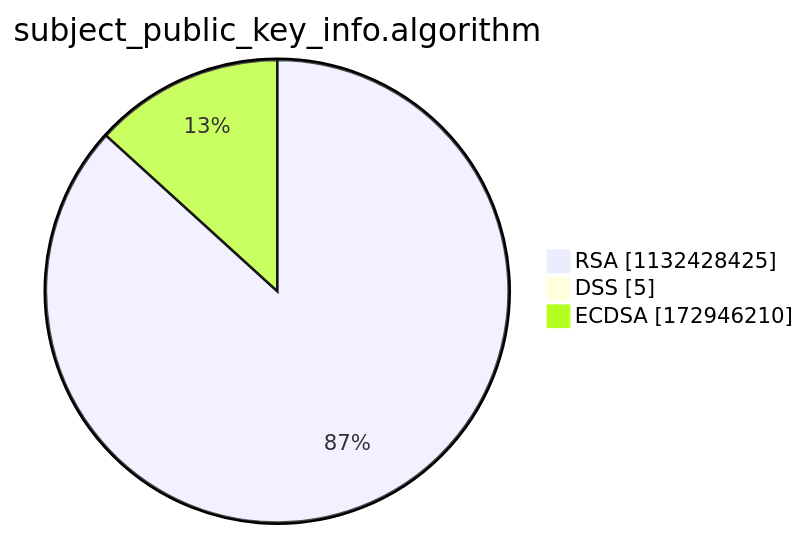
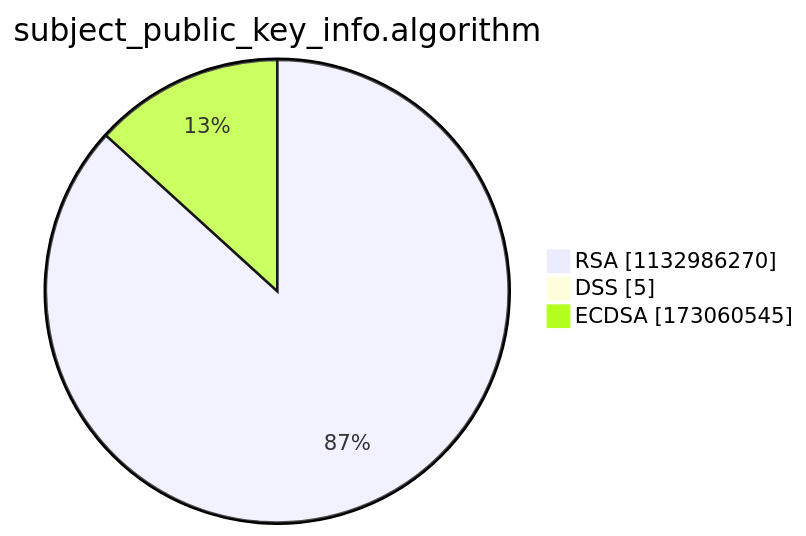
Before and after one commit to christiankrug/ctmonitor_visualization: the third of 15 diagrams in argon2022/README.md, drawn with Mermaid. The commit also changed other lines of this file, not shown here.

````diff
--- a/argon2022/README.md
+++ b/argon2022/README.md
@@ -14,7 +14,7 @@
 ```mermaid
 pie showData
 title subject_public_key_info.algorithm
-"RSA" :1132428425
+"RSA" :1132986270
 "DSS" :5
-"ECDSA" :172946210
+"ECDSA" :173060545
 ```
````
